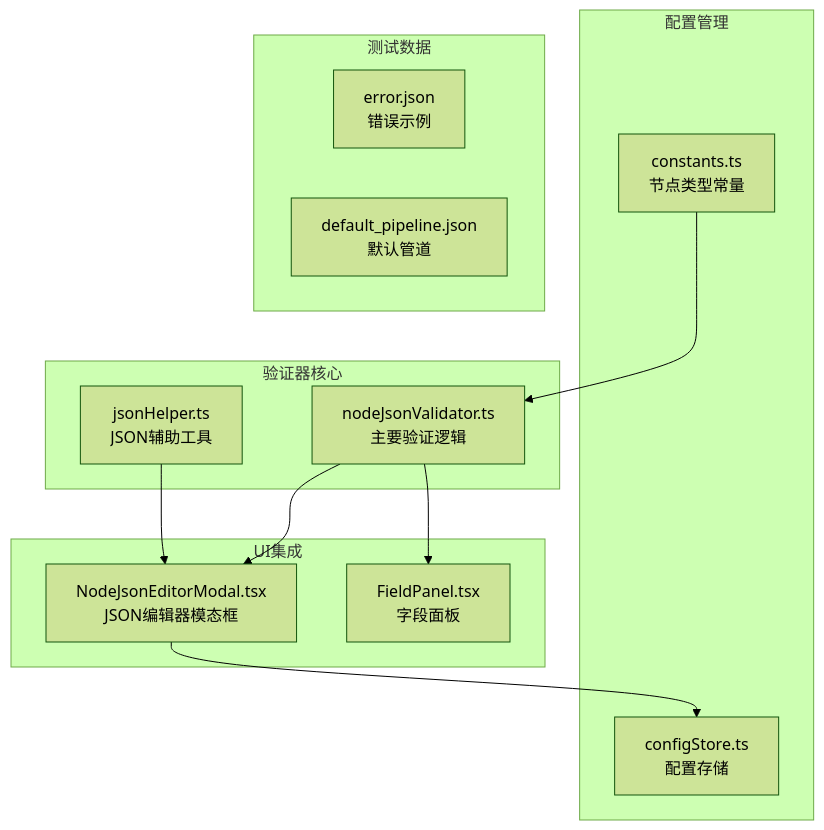
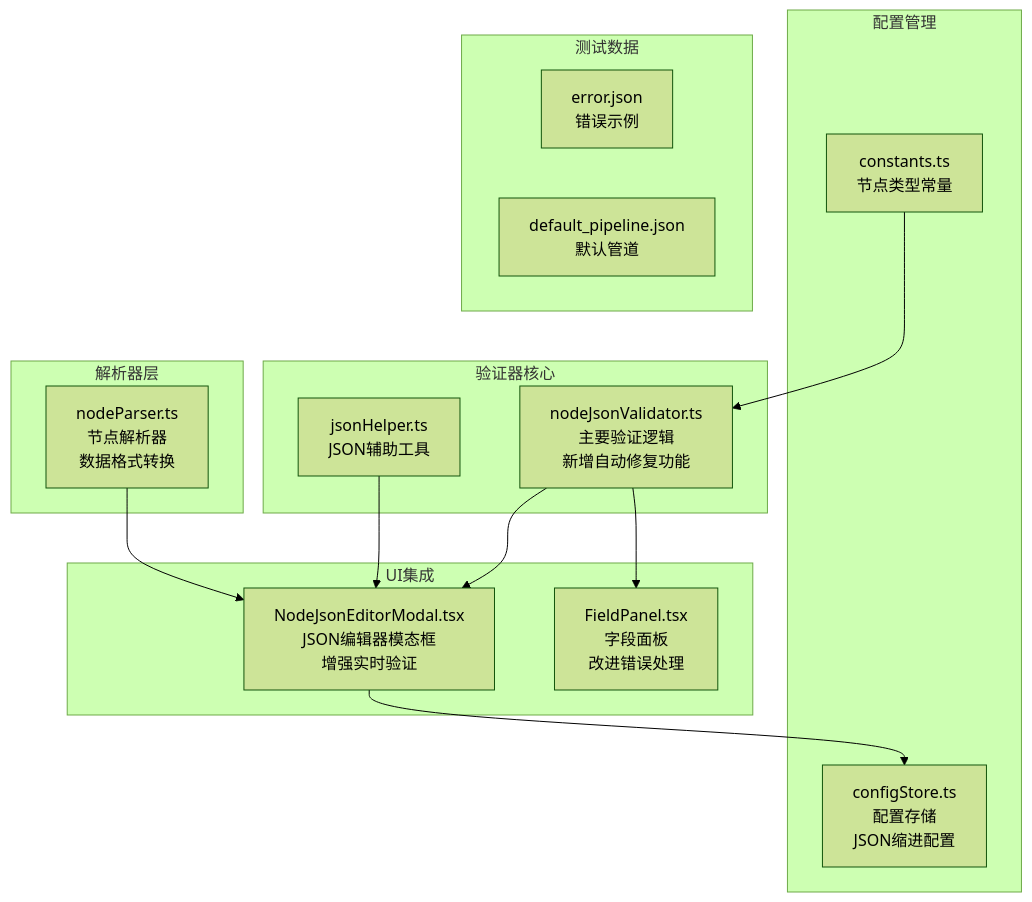
Before and after one commit to kqcoxn/MaaPipelineEditor: the first of 6 diagrams in .qoder/repowiki/zh/content/字段配置系统/字段验证系统/节点JSON验证器.md, drawn with Mermaid (forest theme). The commit also changed other lines of this file and 17 other files, not shown here.

````diff
--- a/.qoder/repowiki/zh/content/字段配置系统/字段验证系统/节点JSON验证器.md
+++ b/.qoder/repowiki/zh/content/字段配置系统/字段验证系统/节点JSON验证器.md
@@ -37,24 +47,28 @@
 ```mermaid
 graph TB
 subgraph "验证器核心"
-A[nodeJsonValidator.ts<br/>主要验证逻辑]
+A[nodeJsonValidator.ts<br/>主要验证逻辑<br/>新增自动修复功能]
 B[jsonHelper.ts<br/>JSON辅助工具]
 end
 subgraph "UI集成"
-C[NodeJsonEditorModal.tsx<br/>JSON编辑器模态框]
-D[FieldPanel.tsx<br/>字段面板]
+C[NodeJsonEditorModal.tsx<br/>JSON编辑器模态框<br/>增强实时验证]
+D[FieldPanel.tsx<br/>字段面板<br/>改进错误处理]
 end
 subgraph "配置管理"
-E[configStore.ts<br/>配置存储]
+E[configStore.ts<br/>配置存储<br/>JSON缩进配置]
 F[constants.ts<br/>节点类型常量]
 end
+subgraph "解析器层"
+G[nodeParser.ts<br/>节点解析器<br/>数据格式转换]
+end
 subgraph "测试数据"
-G[error.json<br/>错误示例]
-H[default_pipeline.json<br/>默认管道]
+H[error.json<br/>错误示例]
+I[default_pipeline.json<br/>默认管道]
 end
 A --> C
 A --> D
 C --> E
 F --> A
 B --> C
+G --> C
 ```
````
